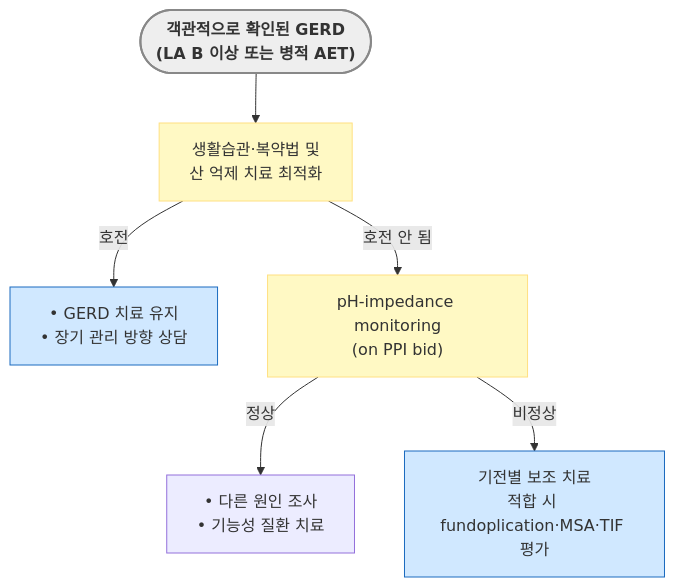
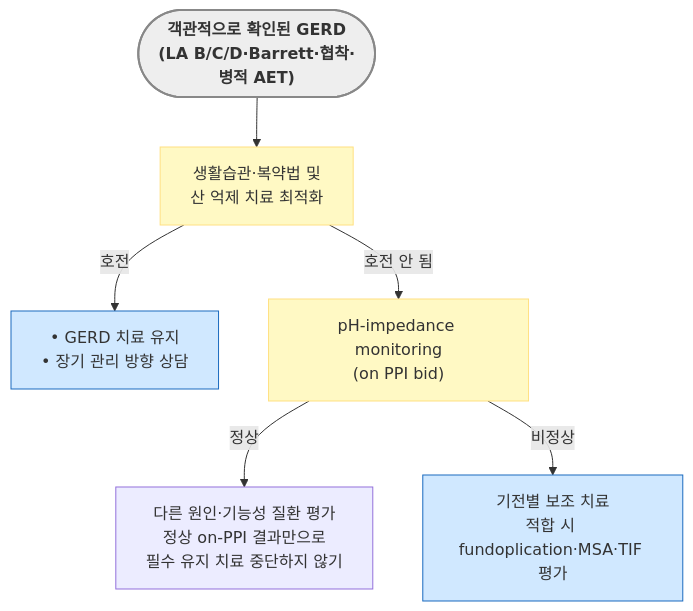
One commit to familyoh77/familyoh77 changed the fifth of 5 diagrams in 224_/081_-gerd.md. Above: the diagram before and after it, drawn with Mermaid. The commit also changed other lines of this file and 1 other file, not shown here.

````diff
--- a/224_/081_-gerd.md
+++ b/224_/081_-gerd.md
@@ -324,16 +331,16 @@
 ```mermaid
 graph TD
-    Start2(["<b>객관적으로 확인된 GERD<br/>(LA B 이상 또는 병적 AET)</b>"]) --> PPI2["생활습관·복약법 및<br/>산 억제 치료 최적화"]
+    Start2(["<b>객관적으로 확인된 GERD<br/>(LA B/C/D·Barrett·협착·병적 AET)</b>"]) --> PPI2["생활습관·복약법 및<br/>산 억제 치료 최적화"]
     PPI2 -- "호전" --> Success2["• GERD 치료 유지<br/>• 장기 관리 방향 상담"]
     PPI2 -- "호전 안 됨" --> Impedance2["pH-impedance monitoring<br/>(on PPI bid)"]
 
-    Impedance2 -- "정상" --> Other2["• 다른 원인 조사<br/>• 기능성 질환 치료"]
+    Impedance2 -- "정상" --> Other2["다른 원인·기능성 질환 평가<br/>정상 on-PPI 결과만으로<br/>필수 유지 치료 중단하지 않기"]
     Impedance2 -- "비정상" --> Surgery["기전별 보조 치료<br/>적합 시 fundoplication·MSA·TIF 평가"]
 
 
 style Start2 fill:#eeeeee,stroke:#888888,stroke-width:2px
 classDef yellow fill:#fff9c4,stroke:#ffe082
 class PPI2,Impedance2 yellow
 classDef blue fill:#d0e8ff,stroke:#1a6abf
 class Success2,Surgery blue
 ```
````
